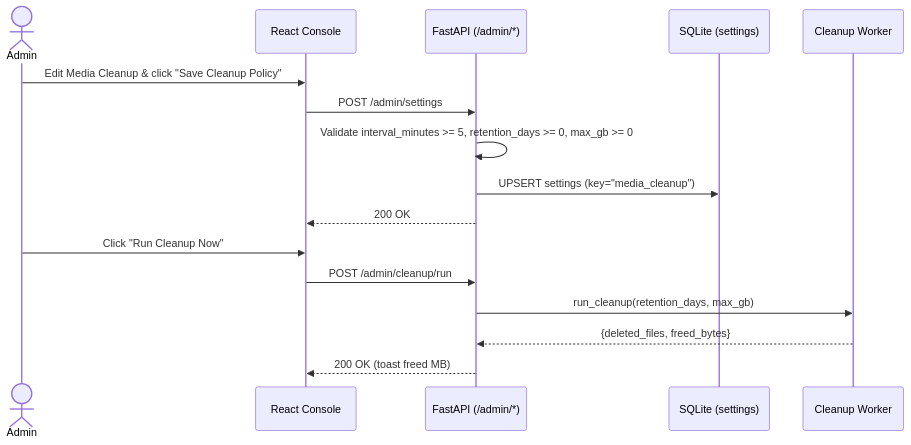
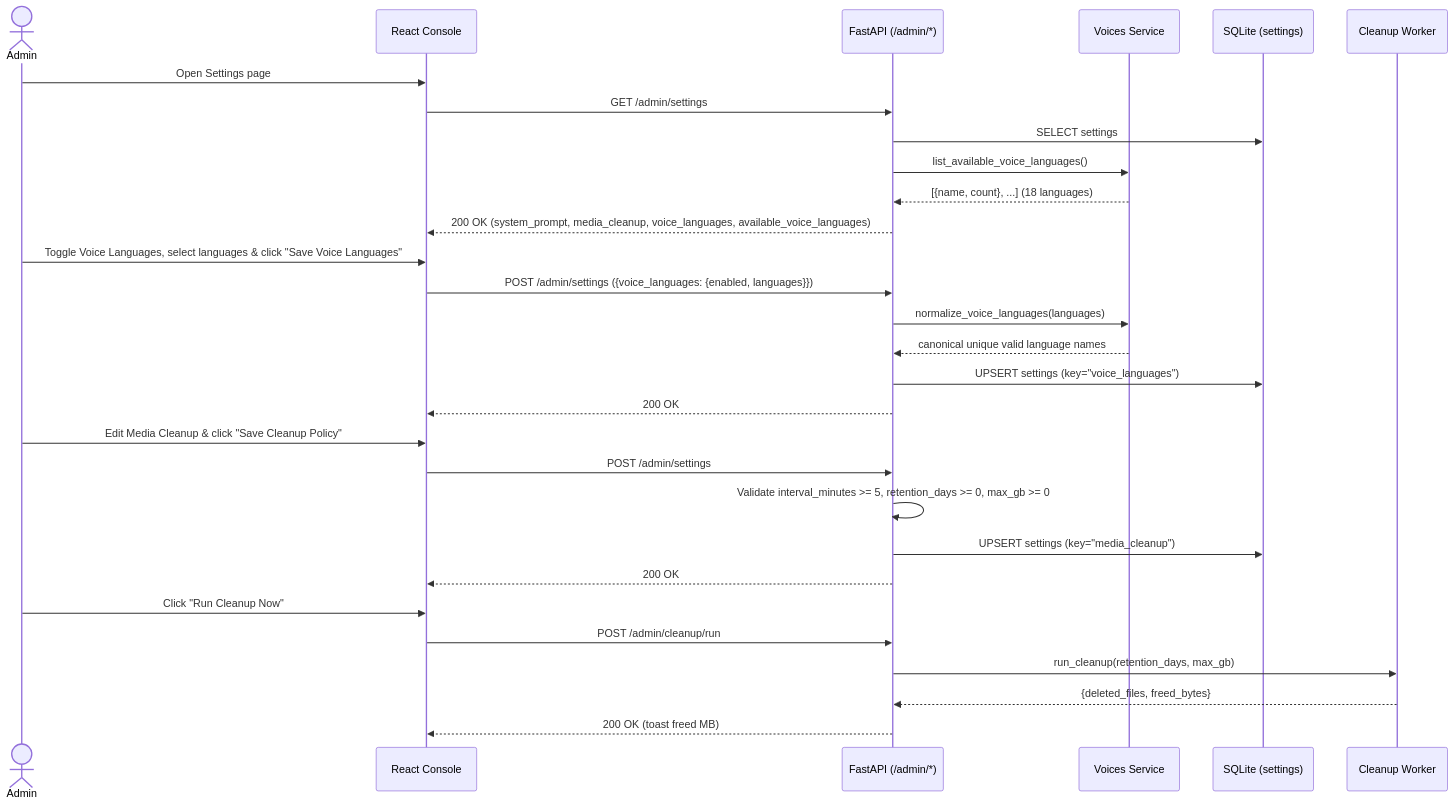
Before and after one commit to nguyenduclong-ict/muse2api: the diagram in docs/03_features/04_settings_and_cleanup/logic.md, drawn with Mermaid. The commit also changed other lines of this file and 57 other files, not shown here.

First line of the commit message:
feat: add voice language settings to SettingsPage and enhance media handling in TasksMediaPage

````diff
--- a/docs/03_features/04_settings_and_cleanup/logic.md
+++ b/docs/03_features/04_settings_and_cleanup/logic.md
@@ -5,20 +5,35 @@
 ```mermaid
 sequenceDiagram
     actor Admin
     participant UI as React Console
     participant API as FastAPI (/admin/*)
+    participant Voices as Voices Service
     participant DB as SQLite (settings)
     participant Cleaner as Cleanup Worker
+
+    Admin->>UI: Open Settings page
+    UI->>API: GET /admin/settings
+    API->>DB: SELECT settings
+    API->>Voices: list_available_voice_languages()
+    Voices-->>API: [{name, count}, ...] (18 languages)
+    API-->>UI: 200 OK (system_prompt, media_cleanup, voice_languages, available_voice_languages)
+
+    Admin->>UI: Toggle Voice Languages, select languages & click "Save Voice Languages"
+    UI->>API: POST /admin/settings ({voice_languages: {enabled, languages}})
+    API->>Voices: normalize_voice_languages(languages)
+    Voices-->>API: canonical unique valid language names
+    API->>DB: UPSERT settings (key="voice_languages")
+    API-->>UI: 200 OK
 
     Admin->>UI: Edit Media Cleanup & click "Save Cleanup Policy"
     UI->>API: POST /admin/settings
     API->>API: Validate interval_minutes >= 5, retention_days >= 0, max_gb >= 0
     API->>DB: UPSERT settings (key="media_cleanup")
     API-->>UI: 200 OK
 
     Admin->>UI: Click "Run Cleanup Now"
     UI->>API: POST /admin/cleanup/run
     API->>Cleaner: run_cleanup(retention_days, max_gb)
     Cleaner-->>API: {deleted_files, freed_bytes}
     API-->>UI: 200 OK (toast freed MB)
 ```
````
